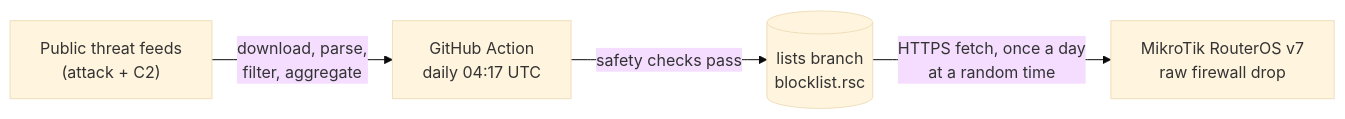
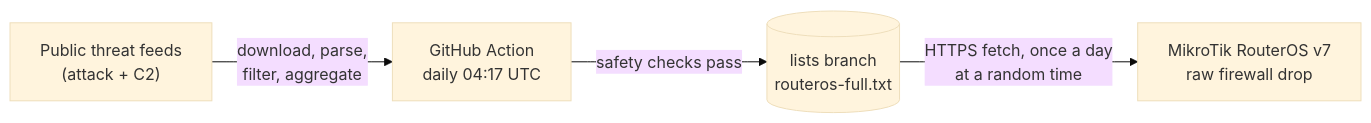
Before and after one commit to Psycomy/MikrotikBlockList: the diagram in README.md, drawn with Mermaid (base theme). The commit also changed other lines of this file and 1 other file, not shown here.

````diff
--- a/README.md
+++ b/README.md
@@ -36,6 +36,6 @@
 ```mermaid
 flowchart LR
     S["Public threat feeds<br/>(attack + C2)"] -->|"download, parse,<br/>filter, aggregate"| A["GitHub Action<br/>daily 04:17 UTC"]
-    A -->|"safety checks pass"| L[("lists branch<br/>blocklist.rsc")]
+    A -->|"safety checks pass"| L[("lists branch<br/>routeros-full.txt")]
     L -->|"HTTPS fetch, once a day<br/>at a random time"| R["MikroTik RouterOS v7<br/>raw firewall drop"]
 ```
````
